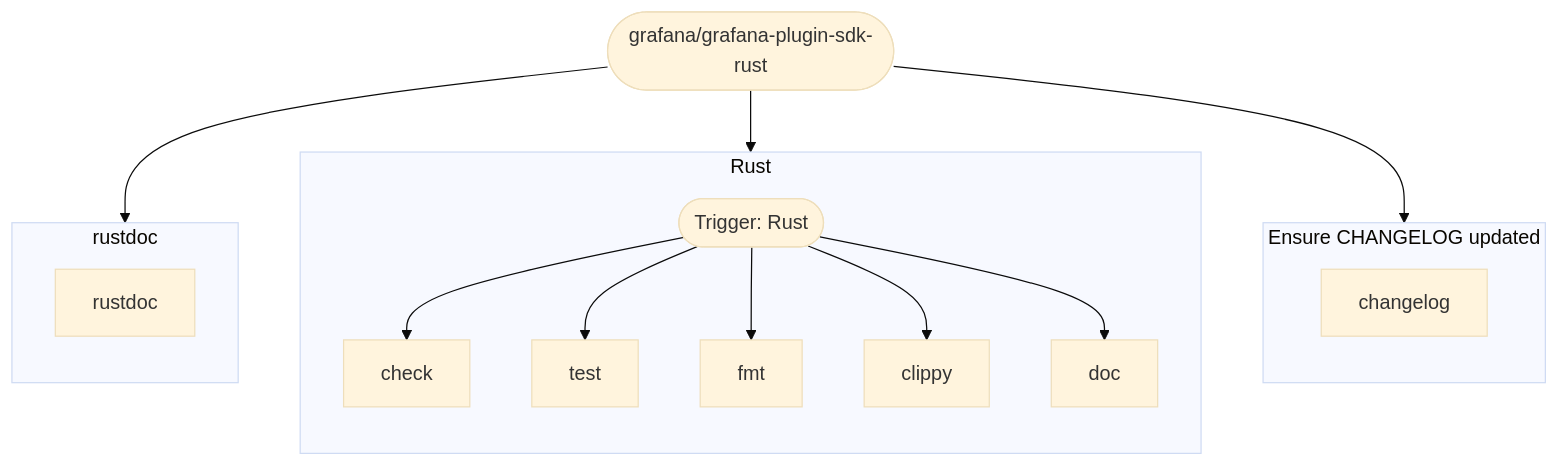
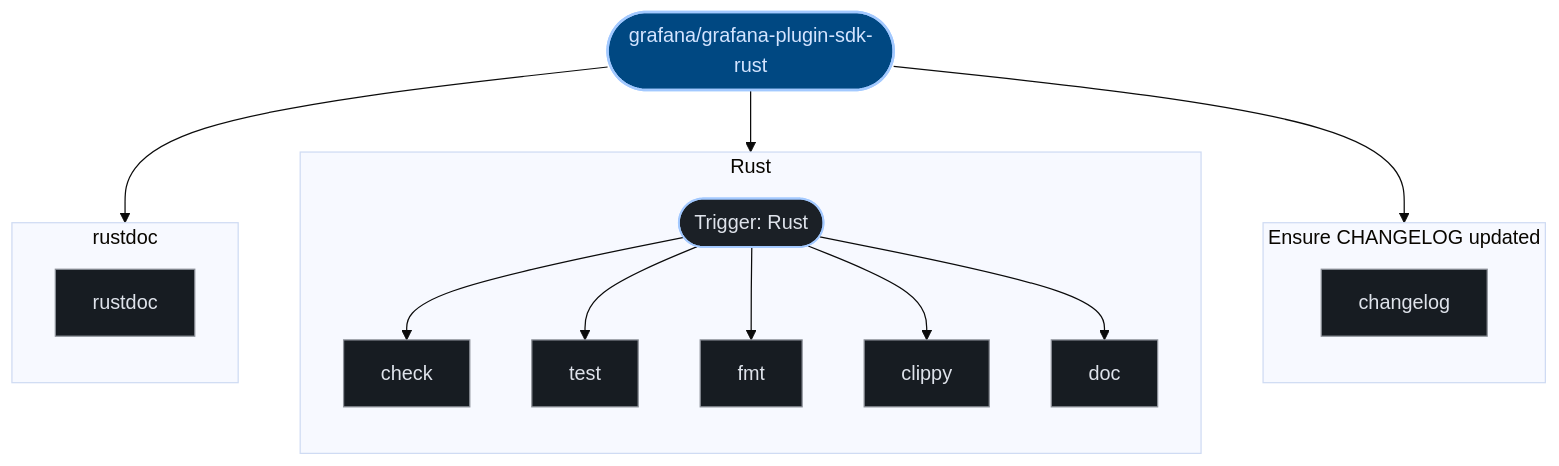
One commit to kumarshaz/atruss-code-atlas changed the second of 2 diagrams in exports/latest/reports/grafana-grafana-plugin-sdk-rust-report.md. Above: the diagram before and after it, drawn with Mermaid (base theme). The commit also changed other lines of this file and 331 other files, not shown here.

Commit message:
docs,ui,fix: update SDLC docs, reorder CI/CD DAG first, stylize Mermaid, and fix Arc42 pipeline topology

````diff
--- a/exports/latest/reports/grafana-grafana-plugin-sdk-rust-report.md
+++ b/exports/latest/reports/grafana-grafana-plugin-sdk-rust-report.md
@@ -157,29 +164,36 @@
 ```mermaid
 graph TD;
-  pipeline_root(["grafana/grafana-plugin-sdk-rust"])
+  classDef atlasRoot fill:#004882,stroke:#a3c9ff,stroke-width:2px,color:#d3e4ff
+  classDef atlasCategory fill:#212428,stroke:#E87A48,stroke-width:1.5px,color:#dfe3eb
+  classDef atlasWorkflow fill:#1b2026,stroke:#a3c9ff,stroke-width:1.5px,color:#dfe3eb
+  classDef atlasJob fill:#171c22,stroke:#8d9199,stroke-width:1px,color:#dfe3eb
+  classDef atlasTarget fill:#005227,stroke:#8bd99b,stroke-width:1.5px,color:#a7f6b6
+  classDef atlasAlert fill:#93000a,stroke:#ffb4ab,stroke-width:1.5px,color:#ffdad6
+  classDef atlasMore fill:#252a31,stroke:#8d9199,stroke-dasharray:4 4,color:#c3c6cf
+  pipeline_root(["grafana/grafana-plugin-sdk-rust"]):::atlasRoot
   subgraph Ensure_CHANGELOG_updated_0["Ensure CHANGELOG updated"]
     direction TB
-    0_changelog["changelog"]
+    0_changelog["changelog"]:::atlasJob
   end
   pipeline_root --> 0_changelog
   subgraph Rust_1["Rust"]
     direction TB
-    1_check["check"]
-    1_test["test"]
-    1_fmt["fmt"]
-    1_clippy["clippy"]
-    1_doc["doc"]
-    wf_entry_1(["Trigger: Rust"])
+    1_check["check"]:::atlasJob
+    1_test["test"]:::atlasJob
+    1_fmt["fmt"]:::atlasJob
+    1_clippy["clippy"]:::atlasJob
+    1_doc["doc"]:::atlasJob
+    wf_entry_1(["Trigger: Rust"]):::atlasWorkflow
     wf_entry_1 --> 1_check
     wf_entry_1 --> 1_test
     wf_entry_1 --> 1_fmt
     wf_entry_1 --> 1_clippy
     wf_entry_1 --> 1_doc
   end
   pipeline_root --> wf_entry_1
   subgraph rustdoc_2["rustdoc"]
     direction TB
-    2_rustdoc["rustdoc"]
+    2_rustdoc["rustdoc"]:::atlasJob
   end
   pipeline_root --> 2_rustdoc
 ```
````
